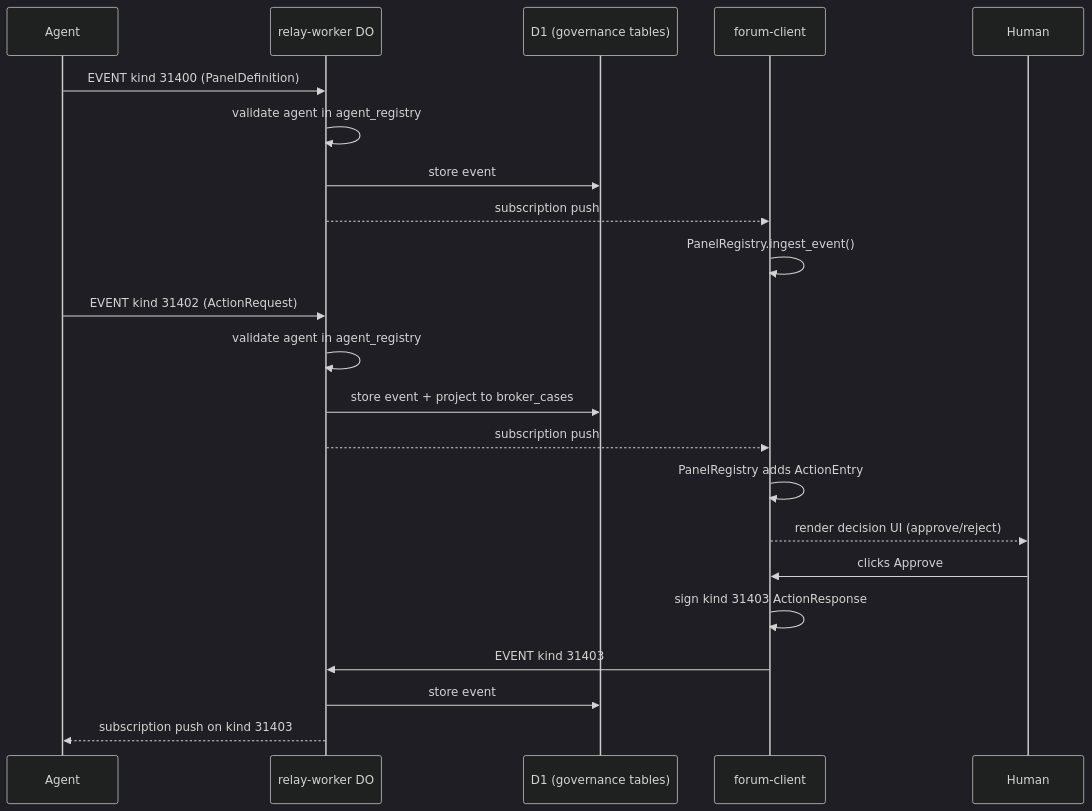
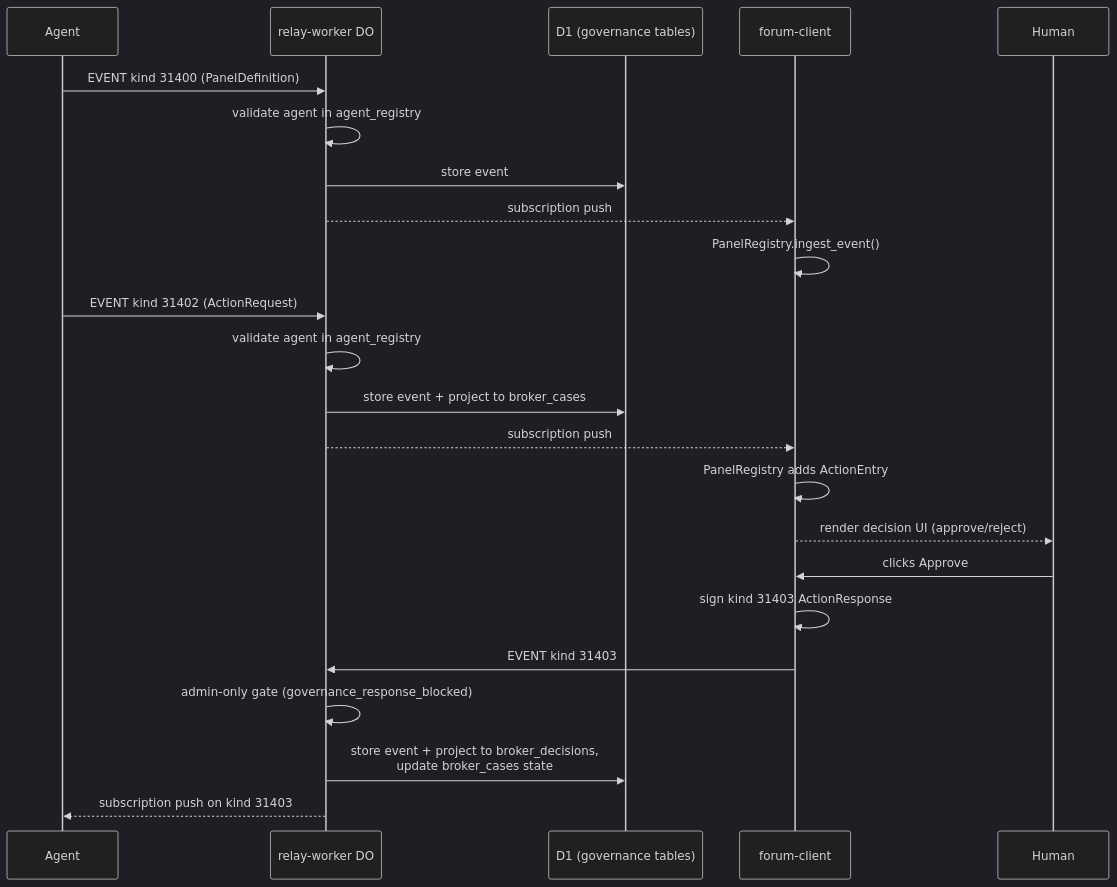
One commit to DreamLab-AI/nostr-rust-forum changed the third of 5 diagrams in docs/architecture.md. Above: the diagram before and after it, drawn with Mermaid (dark theme). The commit also changed other lines of this file and 5 other files, not shown here.

First line of the commit message:
docs(diagrams): verify mermaid diagrams against code; refresh drifted anchors and label known gaps

````diff
--- a/docs/architecture.md
+++ b/docs/architecture.md
@@ -249,27 +252,28 @@
 ```mermaid
 sequenceDiagram
     participant Agent
     participant Relay as relay-worker DO
     participant D1 as D1 (governance tables)
     participant Client as forum-client
     participant Human
 
     Agent->>Relay: EVENT kind 31400 (PanelDefinition)
     Relay->>Relay: validate agent in agent_registry
     Relay->>D1: store event
     Relay-->>Client: subscription push
     Client->>Client: PanelRegistry.ingest_event()
 
     Agent->>Relay: EVENT kind 31402 (ActionRequest)
     Relay->>Relay: validate agent in agent_registry
     Relay->>D1: store event + project to broker_cases
     Relay-->>Client: subscription push
     Client->>Client: PanelRegistry adds ActionEntry
     Client-->>Human: render decision UI (approve/reject)
 
     Human->>Client: clicks Approve
     Client->>Client: sign kind 31403 ActionResponse
     Client->>Relay: EVENT kind 31403
-    Relay->>D1: store event
+    Relay->>Relay: admin-only gate (governance_response_blocked)
+    Relay->>D1: store event + project to broker_decisions,<br/>update broker_cases state
     Relay-->>Agent: subscription push on kind 31403
 ```
````
